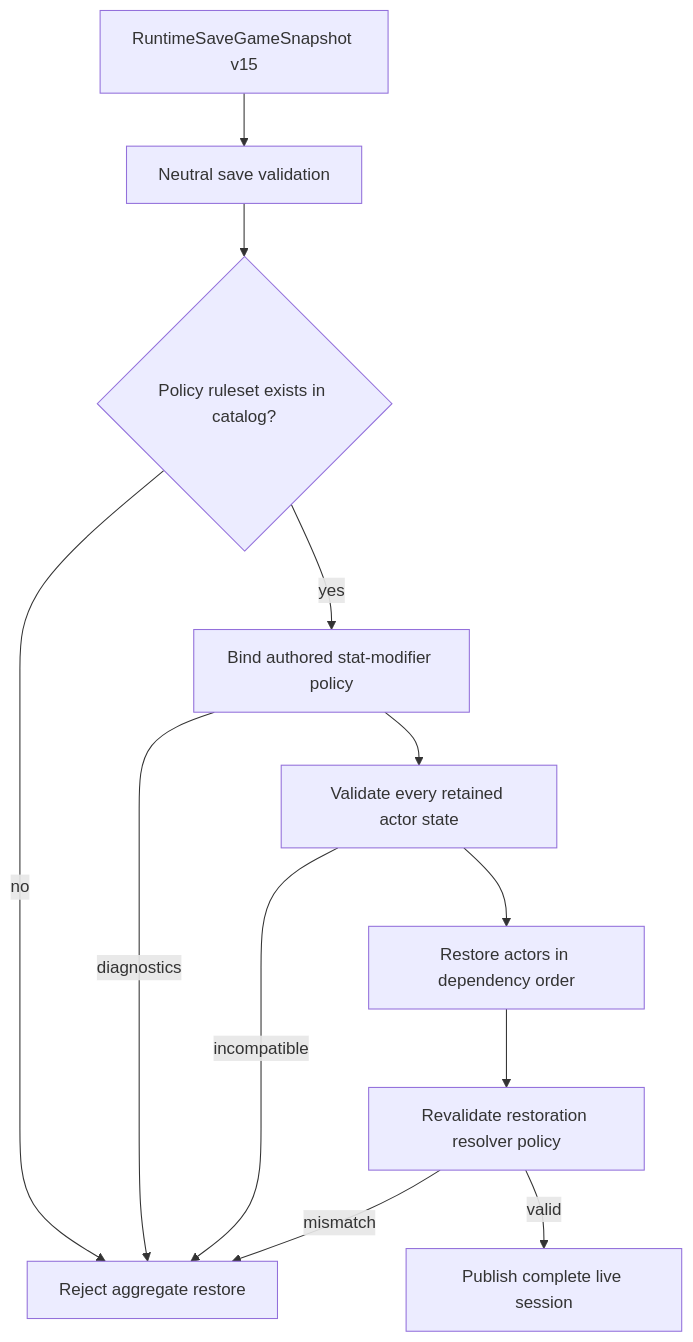
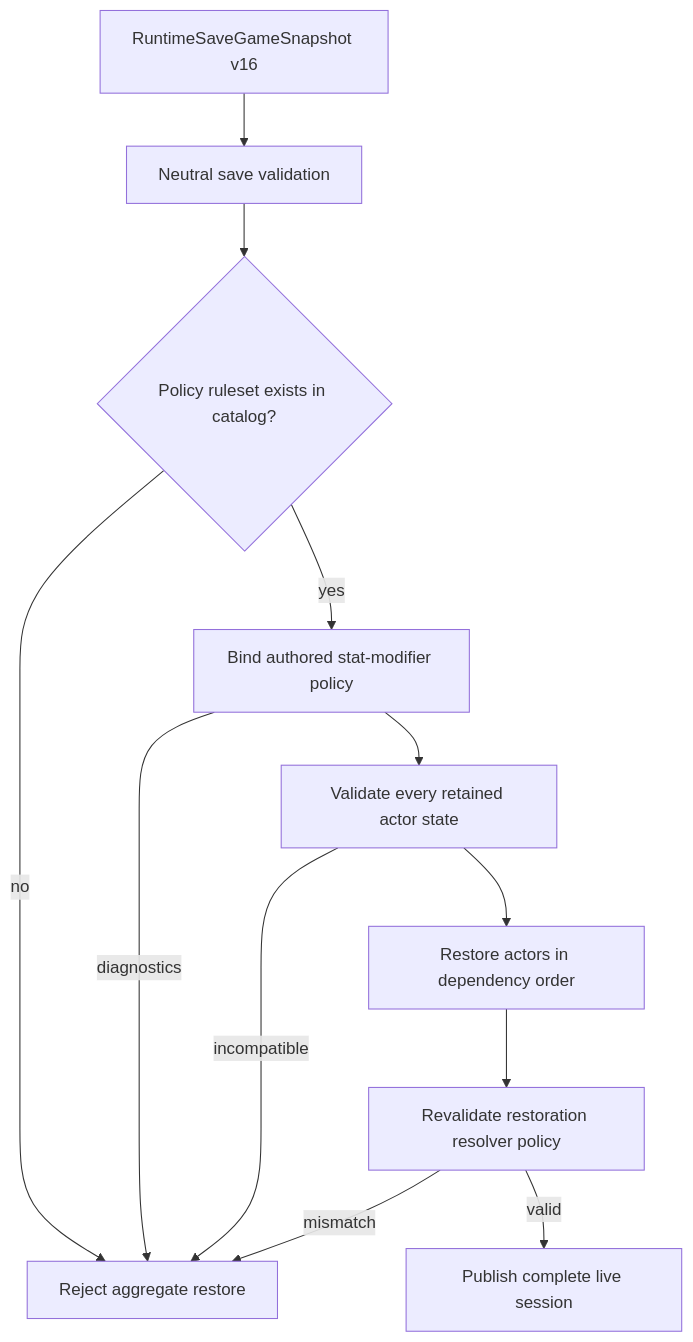
Before and after one commit to KayelC/Convergence: the seventh of 7 diagrams in docs/technical/stat-modifier-policy-runtime.md, drawn with Mermaid. The commit also changed other lines of this file and 54 other files, not shown here.

````diff
--- a/docs/technical/stat-modifier-policy-runtime.md
+++ b/docs/technical/stat-modifier-policy-runtime.md
@@ -329,14 +329,14 @@
 ```mermaid
 flowchart TD
-    S["RuntimeSaveGameSnapshot v15"] --> N["Neutral save validation"]
+    S["RuntimeSaveGameSnapshot v16"] --> N["Neutral save validation"]
     N --> C{"Policy ruleset exists in catalog?"}
     C -->|"no"| R["Reject aggregate restore"]
     C -->|"yes"| B["Bind authored stat-modifier policy"]
     B -->|"diagnostics"| R
     B --> V["Validate every retained actor state"]
     V -->|"incompatible"| R
     V --> A["Restore actors in dependency order"]
     A --> Q["Revalidate restoration resolver policy"]
     Q -->|"mismatch"| R
     Q -->|"valid"| L["Publish complete live session"]
 ```
````
